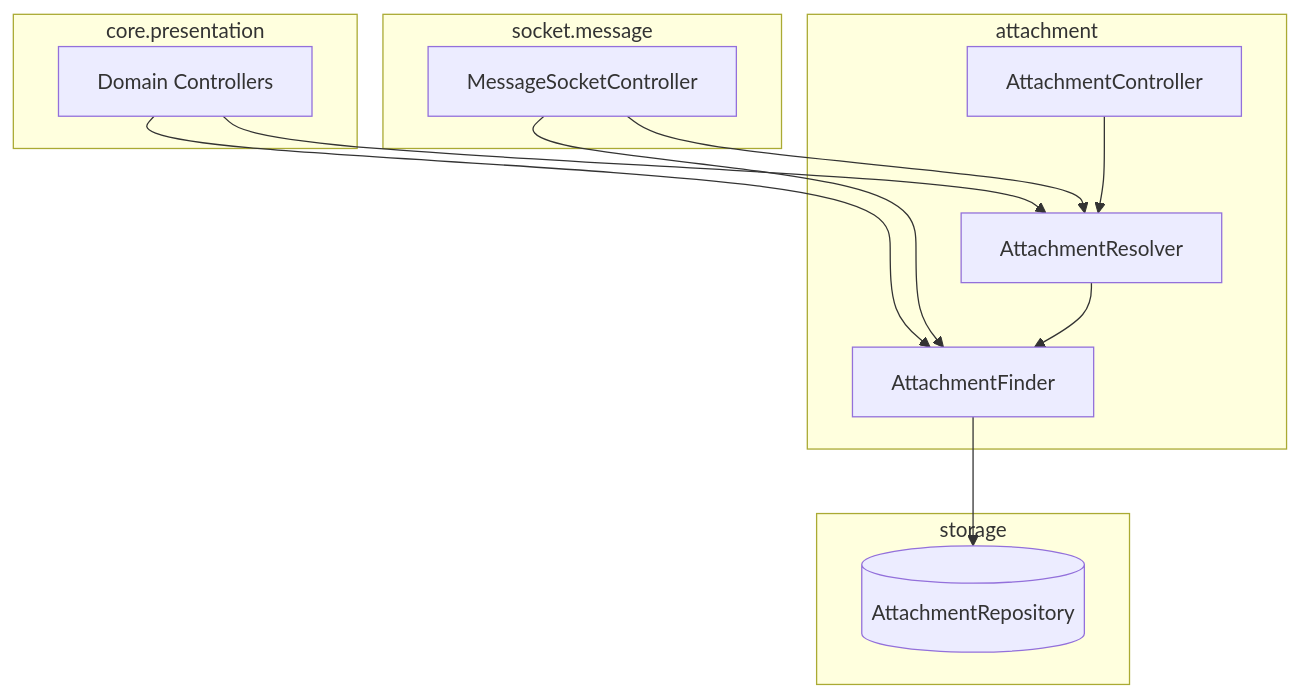
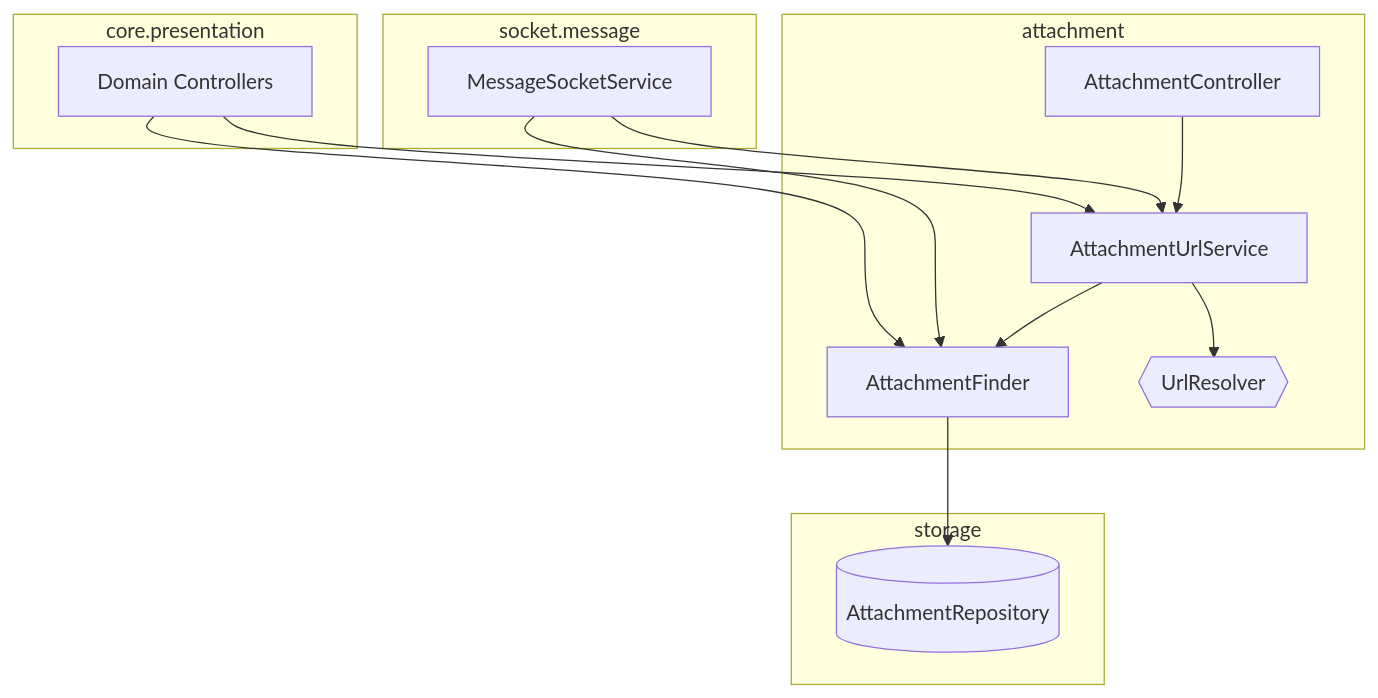
Before and after one commit to mortonCareer/bconnect: the fourth of 5 diagrams in apps/api/docs/attachment-architecture.md, drawn with Mermaid. The commit also changed other lines of this file and 13 other files, not shown here.

````diff
--- a/apps/api/docs/attachment-architecture.md
+++ b/apps/api/docs/attachment-architecture.md
@@ -101,24 +102,26 @@
 ```mermaid
 graph TD
     subgraph core.presentation
         DC[Domain Controllers]
     end
     subgraph socket.message
-        MsgC[MessageSocketController]
+        MsgS[MessageSocketService]
     end
     subgraph attachment
         AttC[AttachmentController]
         Fin[AttachmentFinder]
-        Res[AttachmentResolver]
+        Url[AttachmentUrlService]
+        Res{{UrlResolver}}
     end
     subgraph storage
         AttR[("AttachmentRepository")]
     end
     DC --> Fin
-    DC --> Res
-    MsgC --> Fin
-    MsgC --> Res
-    AttC --> Res
-    Res --> Fin
+    DC --> Url
+    MsgS --> Fin
+    MsgS --> Url
+    AttC --> Url
+    Url --> Fin
+    Url --> Res
     Fin --> AttR
 ```
````
